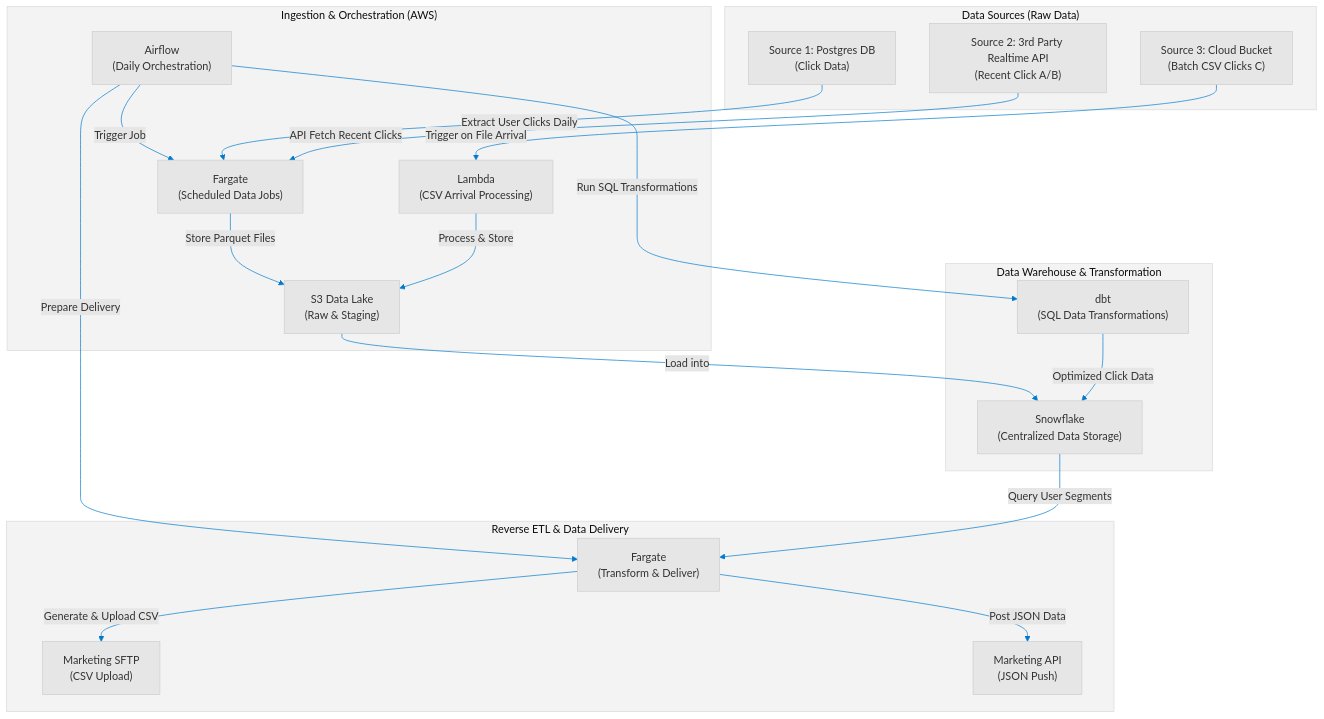
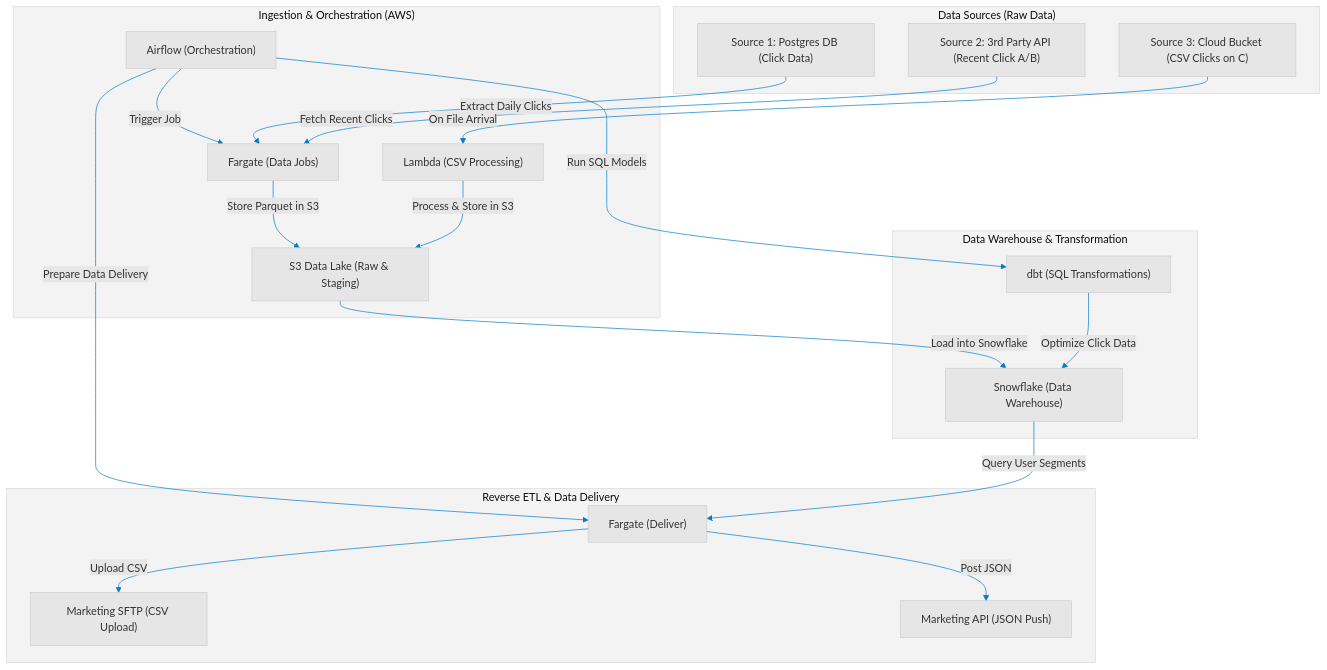
Before and after one commit to brentmzey/carrumarch: the diagram in architecture.mmd, drawn with Mermaid.

```diff
--- a/architecture.mmd
+++ b/architecture.mmd
@@ -1,44 +1,44 @@
 %%{init: {'theme': 'base', 'themeVariables': { 'primaryColor': '#E6E6E6', 'primaryTextColor': '#333', 'lineColor': '#007ACC', 'actorBorder': '#4D4D4D'}}}%%
 graph TD
     subgraph "Data Sources (Raw Data)"
-        A["Source 1: Postgres DB\n(Click Data)"]
-        B["Source 2: 3rd Party Realtime API\n(Recent Click A/B)"]
-        C["Source 3: Cloud Bucket\n(Batch CSV Clicks C)"]
+        A["Source 1: Postgres DB (Click Data)"]
+        B["Source 2: 3rd Party API (Recent Click A/B)"]
+        C["Source 3: Cloud Bucket (CSV Clicks on C)"]
     end
 
     subgraph "Ingestion & Orchestration (AWS)"
-        D["Airflow\n(Daily Orchestration)"]
-        E["S3 Data Lake\n(Raw & Staging)"]
-        F["Lambda\n(CSV Arrival Processing)"]
-        G["Fargate\n(Scheduled Data Jobs)"]
+        D["Airflow (Orchestration)"]
+        E["S3 Data Lake (Raw & Staging)"]
+        F["Lambda (CSV Processing)"]
+        G["Fargate (Data Jobs)"]
     end
 
     subgraph "Data Warehouse & Transformation"
-        H["Snowflake\n(Centralized Data Storage)"]
-        I["dbt\n(SQL Data Transformations)"]
+        H["Snowflake (Data Warehouse)"]
+        I["dbt (SQL Transformations)"]
     end
 
     subgraph "Reverse ETL & Data Delivery"
-        J["Fargate\n(Transform & Deliver)"]
-        K["Marketing SFTP\n(CSV Upload)"]
-        L["Marketing API\n(JSON Push)"]
+        J["Fargate (Deliver)"]
+        K["Marketing SFTP (CSV Upload)"]
+        L["Marketing API (JSON Push)"]
     end
 
     %% Data Flow
     D -- "Trigger Job" --> G
-    A -- "Extract User Clicks Daily" --> G
-    B -- "API Fetch Recent Clicks" --> G
-    G -- "Store Parquet Files" --> E
+    A -- "Extract Daily Clicks" --> G
+    B -- "Fetch Recent Clicks" --> G
+    G -- "Store Parquet in S3" --> E
 
-    C -- "Trigger on File Arrival" --> F
-    F -- "Process & Store" --> E
+    C -- "On File Arrival" --> F
+    F -- "Process & Store in S3" --> E
 
-    E -- "Load into" --> H
+    E -- "Load into Snowflake" --> H
 
-    D -- "Run SQL Transformations" --> I
-    I -- "Optimized Click Data" --> H
+    D -- "Run SQL Models" --> I
+    I -- "Optimize Click Data" --> H
 
-    D -- "Prepare Delivery" --> J
+    D -- "Prepare Data Delivery" --> J
     H -- "Query User Segments" --> J
-    J -- "Generate & Upload CSV" --> K
-    J -- "Post JSON Data" --> L
+    J -- "Upload CSV" --> K
+    J -- "Post JSON" --> L
```
